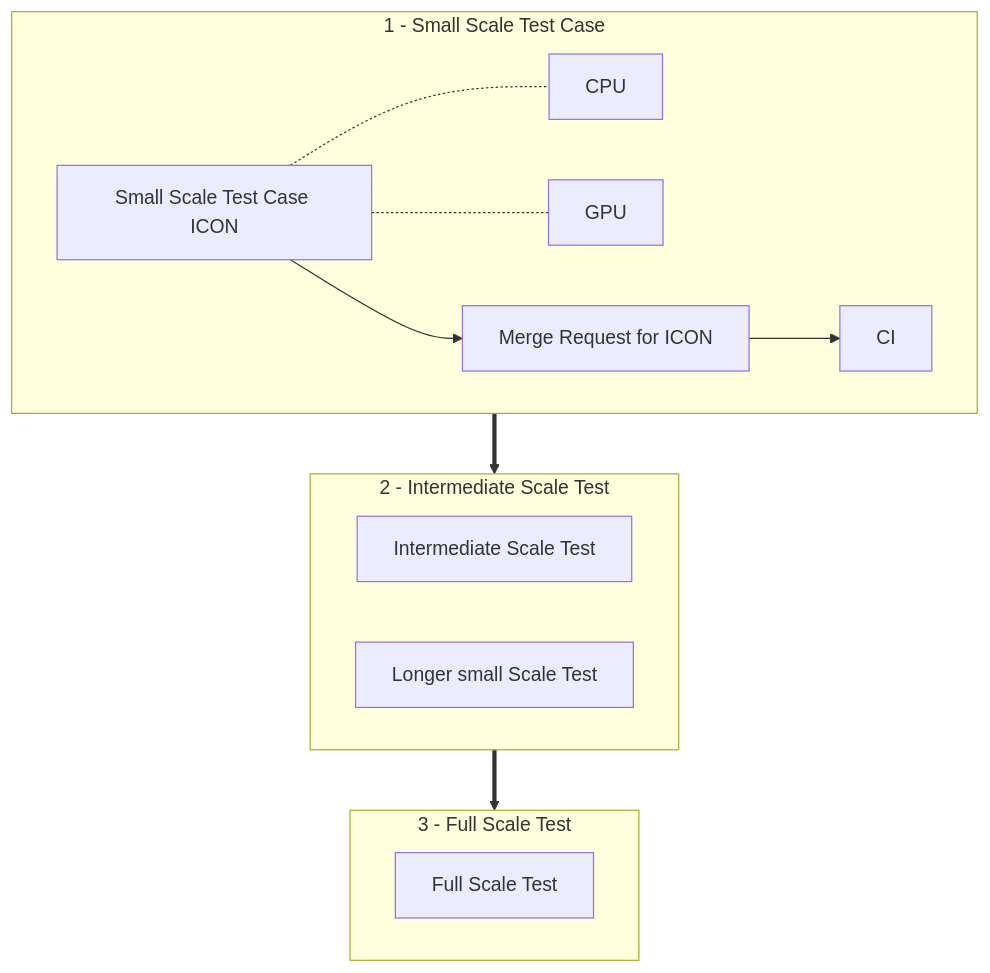
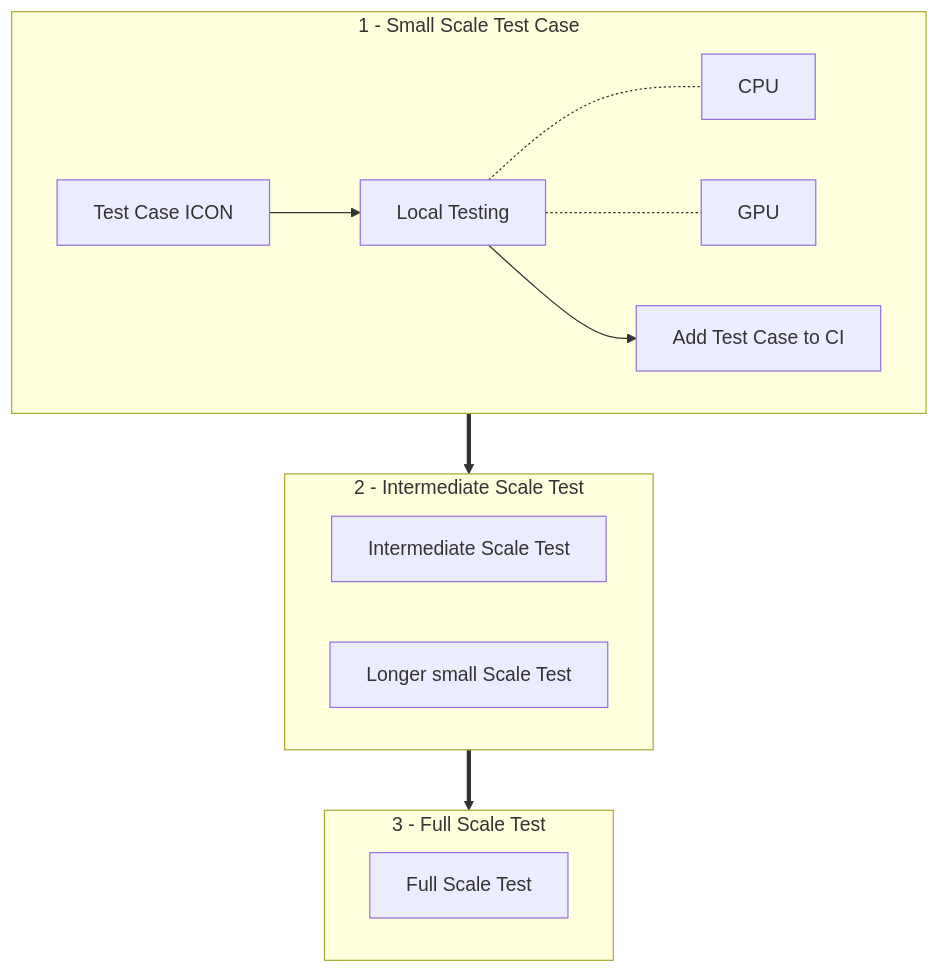
One commit to C2SM/c2sm.github.io changed the diagram in docs/models/icon/validate_custom_namelist.md. Above: the diagram before and after it, drawn with Mermaid.

Commit message:
Update graph

````diff
--- a/docs/models/icon/validate_custom_namelist.md
+++ b/docs/models/icon/validate_custom_namelist.md
@@ -17,16 +17,16 @@
 ```mermaid
 flowchart TD
     subgraph SMALL["1 - Small Scale Test Case"]
-        STnwp[Small Scale Test Case ICON] -.- CPU & GPU
-        STnwp --> MR[Merge Request for ICON]
-        MR --> CI[CI]
+        TC[Test Case ICON]
+        TC --> LT[Local Testing] -.- CPU & GPU
+        LT --> CI[Add Test Case to CI]
     end
     subgraph INT["2 - Intermediate Scale Test"]
         IT[Intermediate Scale Test] & LST[Longer small Scale Test]
     end
     subgraph FULL["3 - Full Scale Test"]
         direction LR
         FT[Full Scale Test]
     end
     SMALL ==> INT ==> FULL
 ```
````
